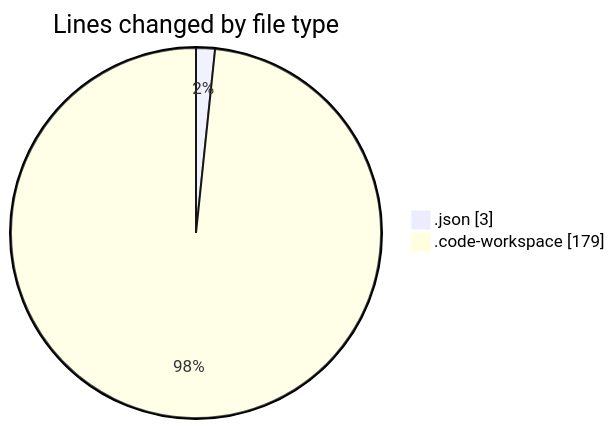
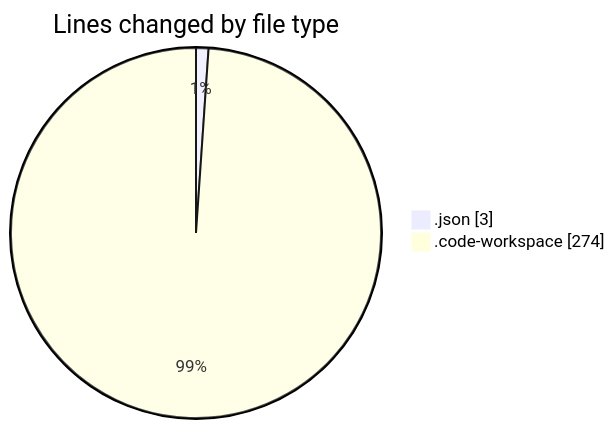
Before and after one commit to MatusMokan/code-tracking: the first of 2 diagrams in 2025-02-25/myws__workspace_/README.md, drawn with Mermaid. The commit also changed other lines of this file and 1 other file, not shown here.

````diff
--- a/2025-02-25/myws__workspace_/README.md
+++ b/2025-02-25/myws__workspace_/README.md
@@ -21,6 +21,6 @@
 ```mermaid
 pie showData
 title Lines changed by file type
 ".json" : 3
-".code-workspace" : 179
+".code-workspace" : 274
 ```
````
